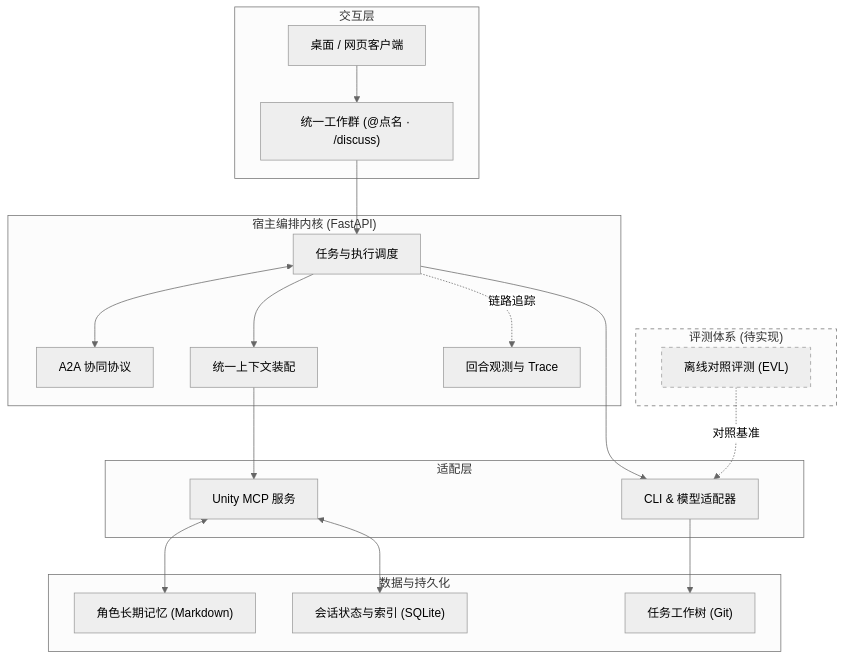
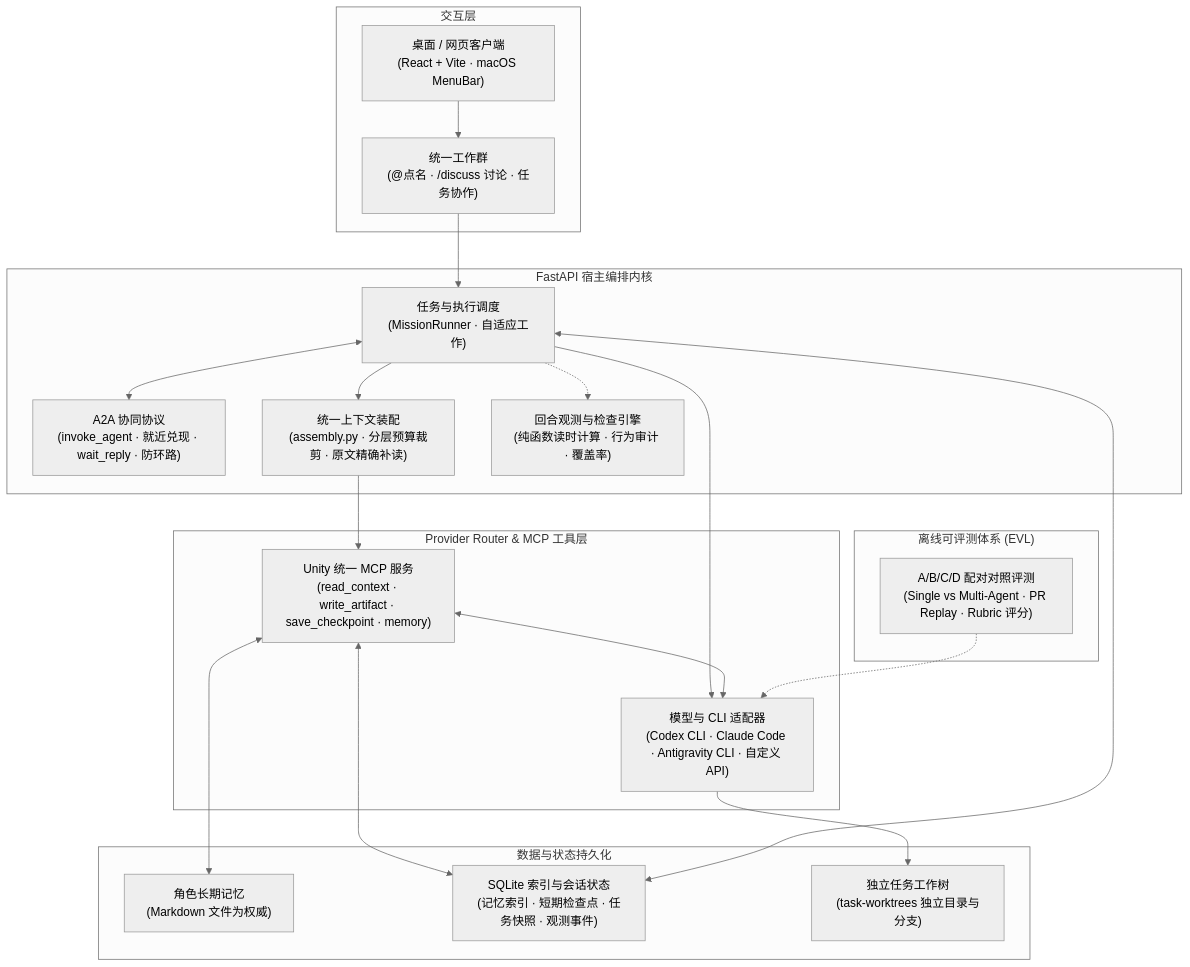
One commit to Buaixihongshi/Unity changed the diagram in README.md. Above: the diagram before and after it, drawn with Mermaid (neutral theme). The commit also changed other lines of this file, not shown here.

Commit message:
docs: 同步用户审核后的 README 基准版本
- 架构图补全各层技术栈与核心模块细节，EVL 评测恢复实线框
- 进度板将 EVL 对照实验框架与基准题集标为已完成，PR 回放评测保持施工中
- 精简正文中的个人叙述段落与未规划项，修剪多余说明

````diff
--- a/README.md
+++ b/README.md
@@ -39,46 +37,45 @@
 ```mermaid
 flowchart TD
     subgraph Client["交互层"]
-        UI["桌面 / 网页客户端"]
-        Room["统一工作群 (@点名 · /discuss)"]
+        UI["桌面 / 网页客户端<br/>(React + Vite · macOS MenuBar)"]
+        Room["统一工作群<br/>(@点名 · /discuss 讨论 · 任务协作)"]
         UI --> Room
     end
 
-    subgraph Host["宿主编排内核 (FastAPI)"]
-        Orchestrator["任务与执行调度"]
-        A2A["A2A 协同协议"]
-        Context["统一上下文装配"]
-        Trace["回合观测与 Trace"]
+    subgraph Host["FastAPI 宿主编排内核"]
+        Orchestrator["任务与执行调度<br/>(MissionRunner · 自适应工作)"]
+        A2A["A2A 协同协议<br/>(invoke_agent · 就近兑现 · wait_reply · 防环路)"]
+        Context["统一上下文装配<br/>(assembly.py · 分层预算裁剪 · 原文精确补读)"]
+        ObservabilityEngine["回合观测与检查引擎<br/>(纯函数读时计算 · 行为审计 · 覆盖率)"]
 
         Room --> Orchestrator
         Orchestrator <--> A2A
         Orchestrator --> Context
-        Orchestrator -. 链路追踪 .-> Trace
+        Orchestrator -.-> ObservabilityEngine
     end
 
-    subgraph Adapters["适配层"]
-        MCP["Unity MCP 服务"]
-        Providers["CLI & 模型适配器"]
+    subgraph Adapters["Provider Router & MCP 工具层"]
+        MCP["Unity 统一 MCP 服务<br/>(read_context · write_artifact · save_checkpoint · memory)"]
+        Providers["模型与 CLI 适配器<br/>(Codex CLI · Claude Code · Antigravity CLI · 自定义 API)"]
 
         Context --> MCP
         Orchestrator --> Providers
+        MCP <--> Providers
     end
 
-    subgraph Storage["数据与持久化"]
-        MemFile["角色长期记忆 (Markdown)"]
-        DB["会话状态与索引 (SQLite)"]
-        Worktrees["任务工作树 (Git)"]
+    subgraph Storage["数据与状态持久化"]
+        MemFile["角色长期记忆<br/>(Markdown 文件为权威)"]
+        DB["SQLite 索引与会话状态<br/>(记忆索引 · 短期检查点 · 任务快照 · 观测事件)"]
+        Worktrees["独立任务工作树<br/>(task-worktrees 独立目录与分支)"]
 
         MCP <--> MemFile
         MCP <--> DB
+        Orchestrator <--> DB
         Providers --> Worktrees
     end
 
-    subgraph EvalSystem["评测体系 (待实现)"]
-        EVL["离线对照评测 (EVL)"]
-        EVL -. 对照基准 .-> Providers
+    subgraph EvalSystem["离线可评测体系 (EVL)"]
+        EvalRunner["A/B/C/D 配对对照评测<br/>(Single vs Multi-Agent · PR Replay · Rubric 评分)"]
+        EvalRunner -.-> Providers
     end
-
-    style EvalSystem stroke-dasharray: 5 5
-    style EVL stroke-dasharray: 5 5
 ```
````
